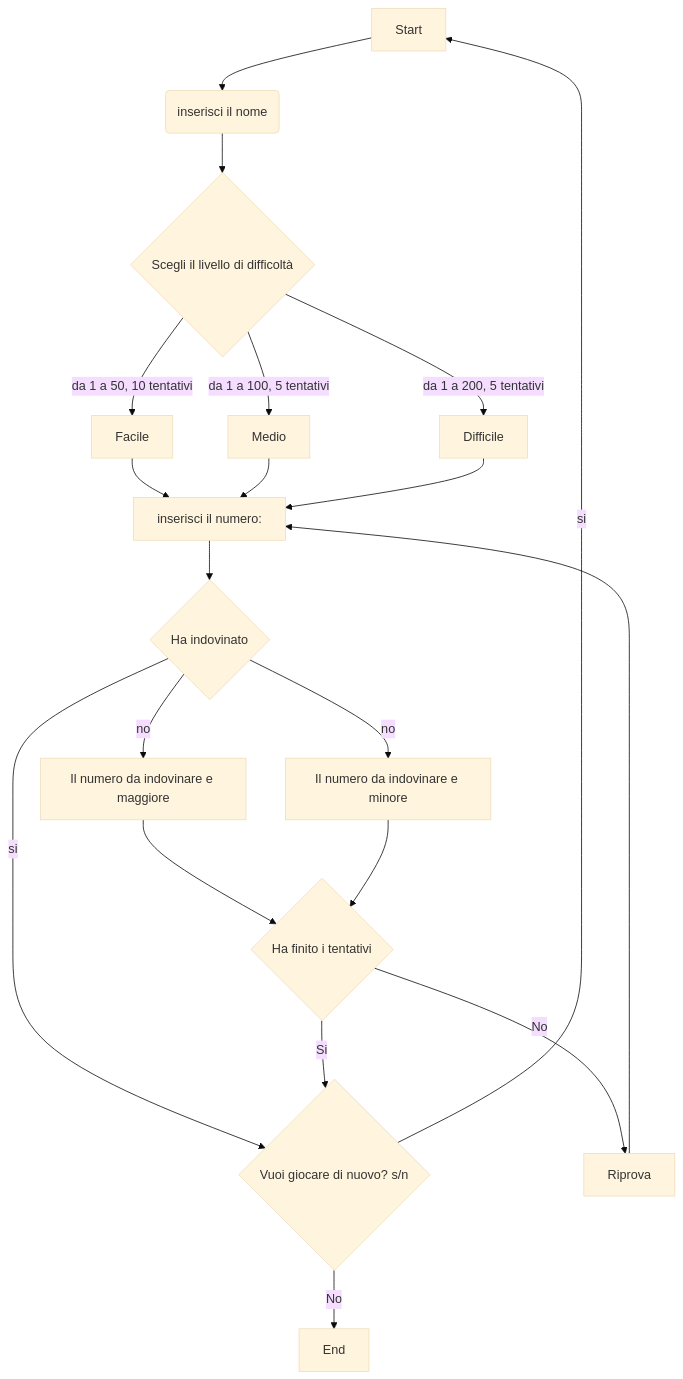
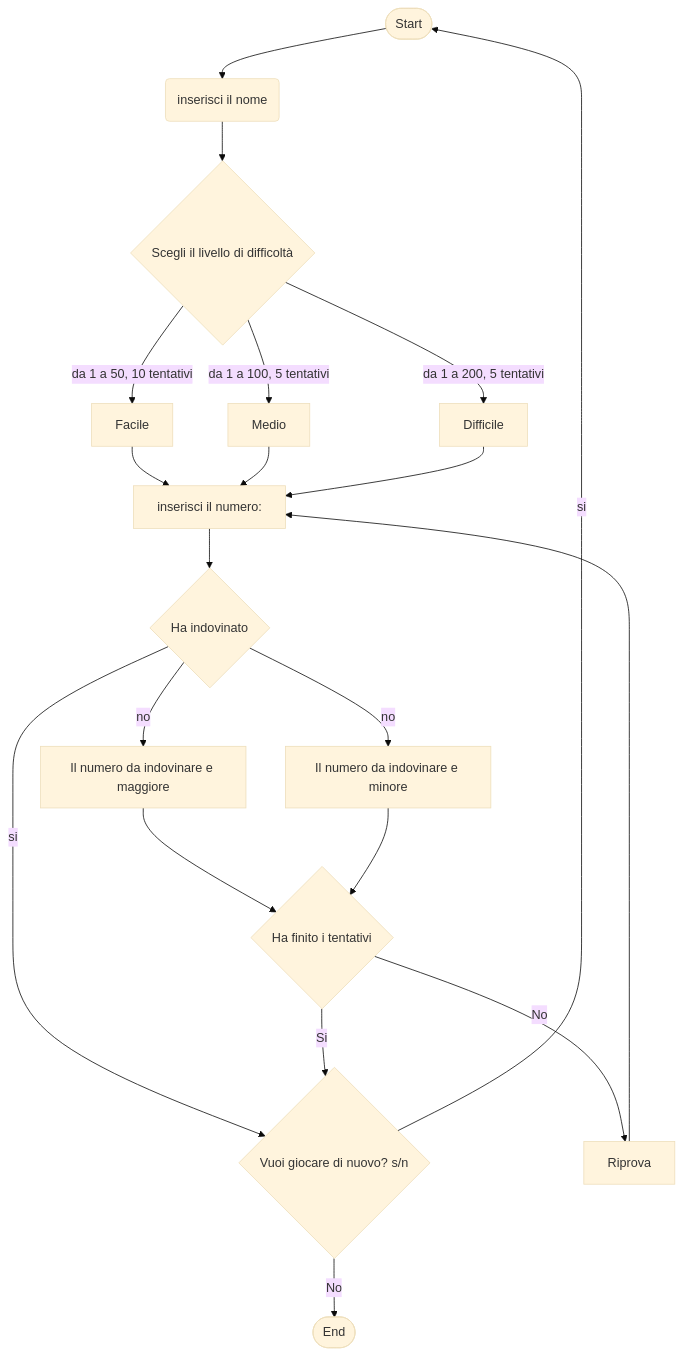
The first of 2 diagrams in Assignment/01_indovina-numero/README.md (AndreParis02/dev2_2024), drawn with Mermaid (base theme) before and after one commit. The commit also changed other lines of this file, not shown here.

Commit message:
Indovina numero: Versione 12 con FlowChart modificato

````diff
--- a/Assignment/01_indovina-numero/README.md
+++ b/Assignment/01_indovina-numero/README.md
@@ -1492,23 +1492,23 @@
 ```mermaid
 flowchart TD
 
-    A[Start] --> B(inserisci il nome)
+    A([Start]) --> B(inserisci il nome)
     B --> C{Scegli il livello di difficoltà}
     C -->|da 1 a 50, 10 tentativi| D[Facile]
     C -->|da 1 a 100, 5 tentativi| E[Medio]
     C -->|da 1 a 200, 5 tentativi| F[Difficile]
     D --> G[inserisci il numero:]
     E --> G
     F --> G
     G--> H{Ha indovinato}
     H -->|si| R
     H -->|no| L[Il numero da indovinare e maggiore]
     H -->|no| N[Il numero da indovinare e minore]
     L --> O{Ha finito i tentativi}
     N --> O
     O -->|Si| R{Vuoi giocare di nuovo? s/n}
     O -->|No| Q[Riprova]
     Q --> G
-    R -->|No| S[End]
+    R -->|No| S([End])
     R -->|si| A
 ```
````
